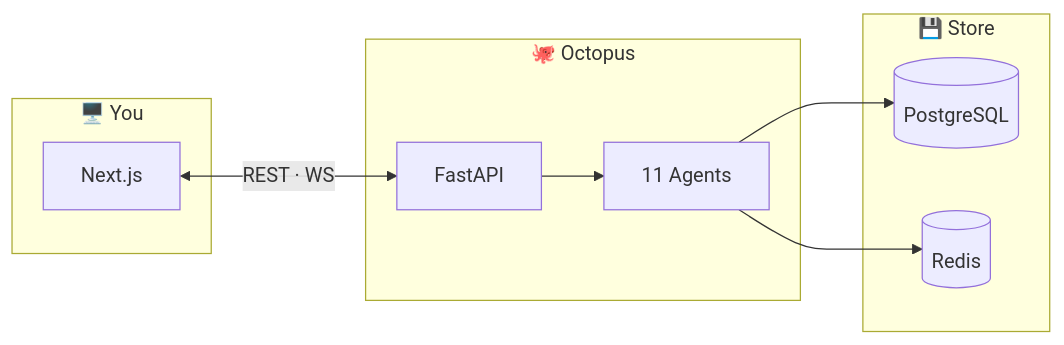
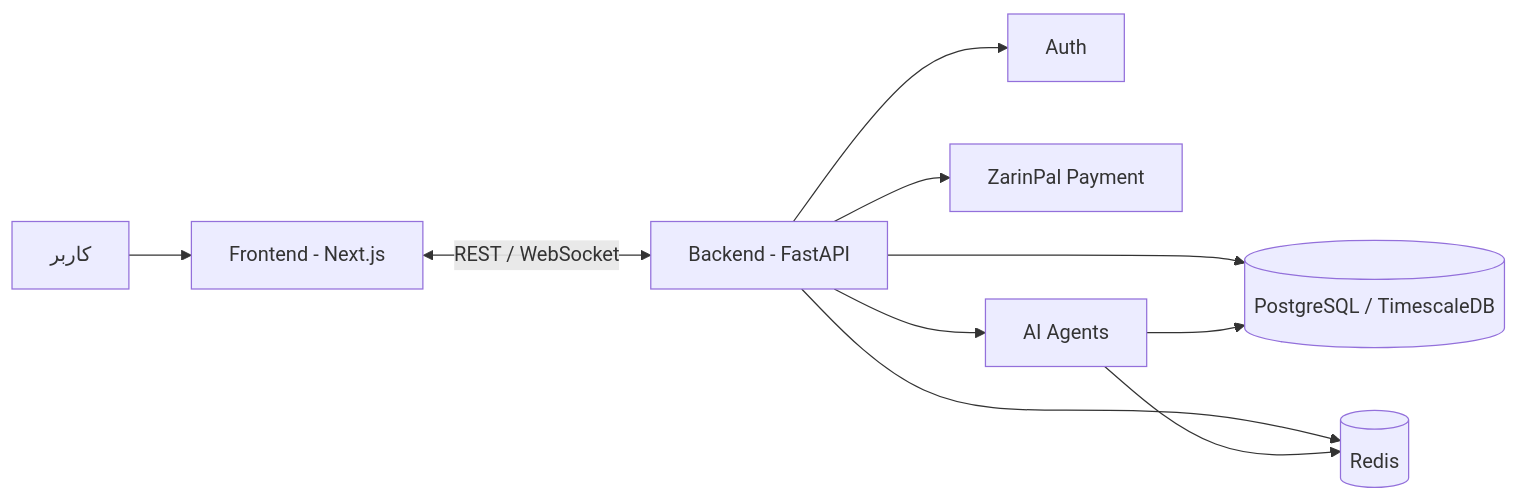
The diagram in README.md (massoudsh/Findash), drawn with Mermaid before and after one commit. The commit also changed other lines of this file, not shown here.

````diff
--- a/README.md
+++ b/README.md
@@ -26,21 +94,12 @@
 ```mermaid
 flowchart LR
-    subgraph You["🖥️ You"]
-        UI[Next.js]
-    end
-
-    subgraph Octopus["🐙 Octopus"]
-        API[FastAPI]
-        Agents[11 Agents]
-        API --> Agents
-    end
-
-    subgraph Store["💾 Store"]
-        DB[(PostgreSQL)]
-        Cache[(Redis)]
-    end
-
-    UI <-->|REST · WS| API
+    User[کاربر] --> Web[Frontend - Next.js]
+    Web <-->|REST / WebSocket| API[Backend - FastAPI]
+    API --> Auth[Auth]
+    API --> Payment[ZarinPal Payment]
+    API --> Agents[AI Agents]
+    API --> DB[(PostgreSQL / TimescaleDB)]
+    API --> Redis[(Redis)]
     Agents --> DB
-    Agents --> Cache
+    Agents --> Redis
 ```
````
